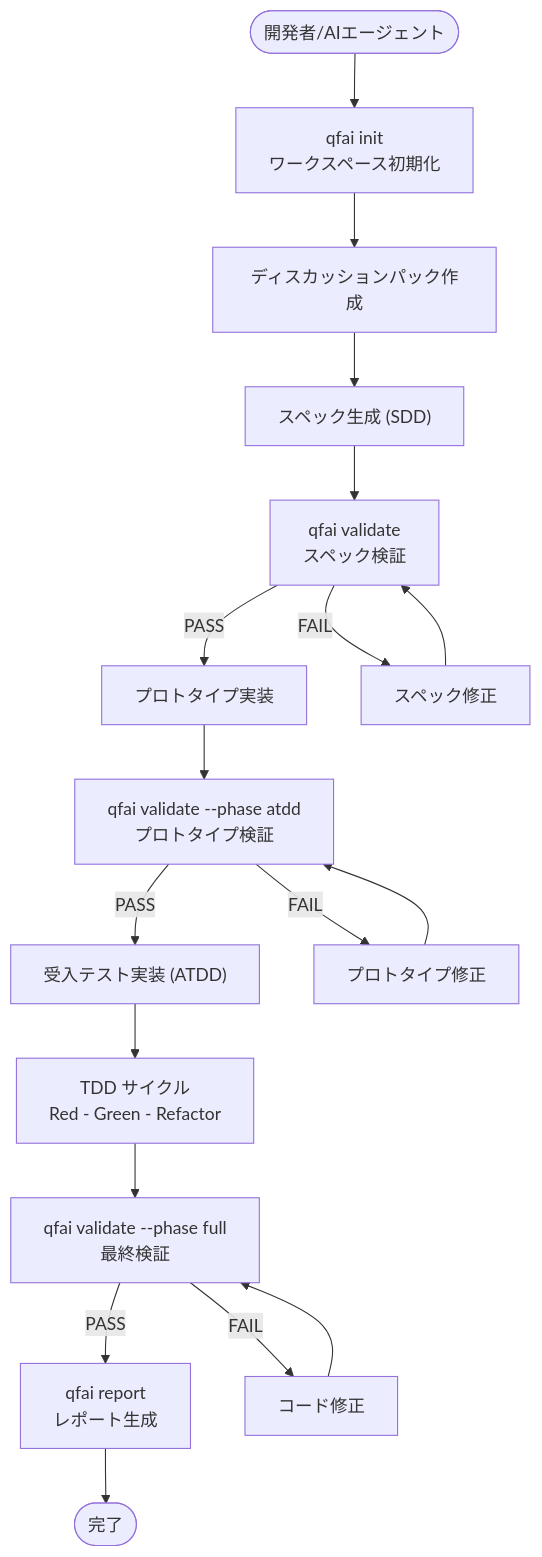
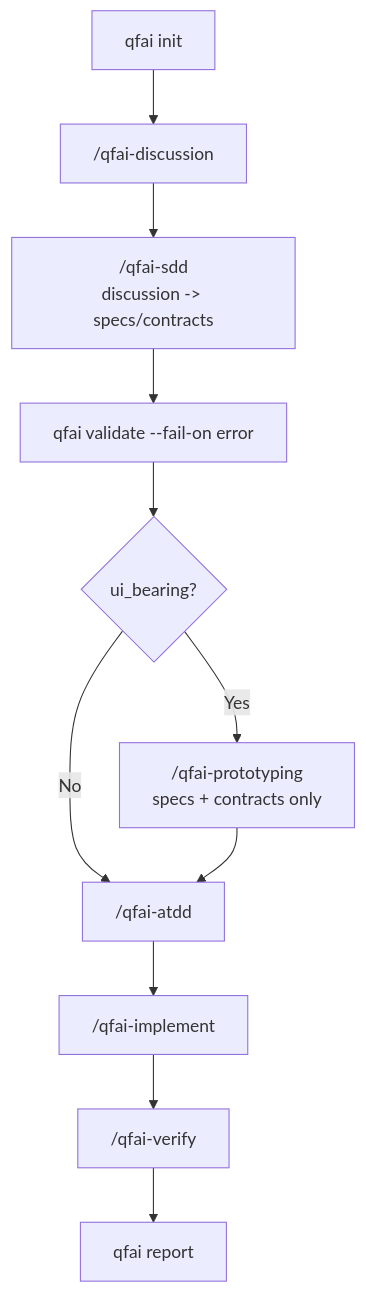
One commit to aganesy/QFAI changed the first of 2 diagrams in .qfai/specs/_policies/04_Business-Flow.md. Above: the diagram before and after it, drawn with Mermaid. The commit also changed other lines of this file and 37 other files, not shown here.

````diff
--- a/.qfai/specs/_policies/04_Business-Flow.md
+++ b/.qfai/specs/_policies/04_Business-Flow.md
@@ -32,20 +33,13 @@
 ```mermaid
 flowchart TD
-    START([開発者/AIエージェント]) --> INIT["qfai init<br/>ワークスペース初期化"]
-    INIT --> DISCUSS["ディスカッションパック作成"]
-    DISCUSS --> SDD["スペック生成 (SDD)"]
-    SDD --> VALIDATE_SPEC["qfai validate<br/>スペック検証"]
-    VALIDATE_SPEC -->|PASS| PROTO["プロトタイプ実装"]
-    VALIDATE_SPEC -->|FAIL| FIX_SPEC["スペック修正"]
-    FIX_SPEC --> VALIDATE_SPEC
-    PROTO --> VALIDATE_PROTO["qfai validate --phase atdd<br/>プロトタイプ検証"]
-    VALIDATE_PROTO -->|PASS| ATDD["受入テスト実装 (ATDD)"]
-    VALIDATE_PROTO -->|FAIL| FIX_PROTO["プロトタイプ修正"]
-    FIX_PROTO --> VALIDATE_PROTO
-    ATDD --> TDD["TDD サイクル<br/>Red - Green - Refactor"]
-    TDD --> VALIDATE_FULL["qfai validate --phase full<br/>最終検証"]
-    VALIDATE_FULL -->|PASS| REPORT["qfai report<br/>レポート生成"]
-    VALIDATE_FULL -->|FAIL| FIX_CODE["コード修正"]
-    FIX_CODE --> VALIDATE_FULL
-    REPORT --> DONE([完了])
+    INIT["qfai init"] --> DISCUSS["/qfai-discussion"]
+    DISCUSS --> SDD["/qfai-sdd<br/>discussion -> specs/contracts"]
+    SDD --> VALIDATE["qfai validate --fail-on error"]
+    VALIDATE --> UIREQ{"ui_bearing?"}
+    UIREQ -->|Yes| PROTO["/qfai-prototyping<br/>specs + contracts only"]
+    UIREQ -->|No| ATDD["/qfai-atdd"]
+    PROTO --> ATDD
+    ATDD --> IMPLEMENT["/qfai-implement"]
+    IMPLEMENT --> VERIFY["/qfai-verify"]
+    VERIFY --> REPORT["qfai report"]
 ```
````
